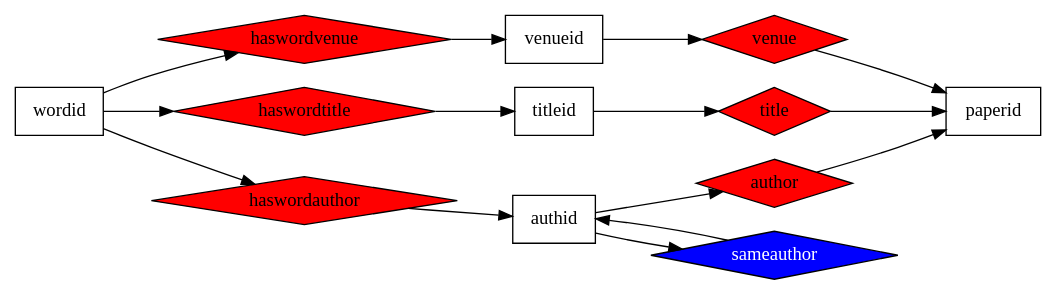
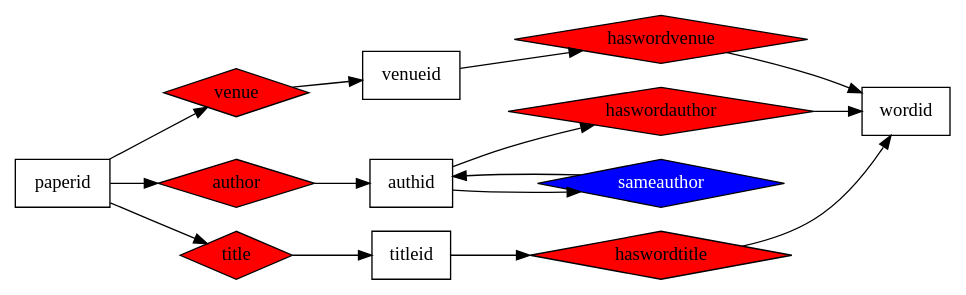
One commit to harshakokel/JA-Walk-ER changed the diagram in diagrams/cora.dot. Above: the diagram before and after it, drawn with Graphviz. The commit also changed 7 other files, not shown here.

```diff
--- a/diagrams/cora.dot
+++ b/diagrams/cora.dot
@@ -1,55 +1,55 @@
 digraph G {
-rankdir=LR;
-fontname="sans-serif";
-penwidth="0.1";
-edge [comment="Wildcard node added automatic in EG."];
-node [comment="Wildcard node added automatic in EG."];
-"venueid" [shape="box"];
-"haswordvenue" [shape="polygon", 
-                style="filled", 
-                fillcolor="red", 
-                orientation="45.0"];
-"authid" [shape="box"];
-"venue" [shape="polygon", 
-         style="filled", 
-         fillcolor="red", 
-         orientation="45.0"];
-"paperid" [shape="box"];
-"author" [shape="polygon", 
-          style="filled", 
-          fillcolor="red", 
-          orientation="45.0"];
-"haswordtitle" [shape="polygon", 
-                style="filled", 
-                fillcolor="red", 
-                orientation="45.0"];
-"title" [shape="polygon", 
-         style="filled", 
-         fillcolor="red", 
-         orientation="45.0"];
-"haswordauthor" [shape="polygon", 
-                 style="filled", 
-                 fillcolor="red", 
-                 orientation="45.0"];
-"wordid" [shape="box"];
-"titleid" [shape="box"];
-"sameauthor" -> "authid";
-"titleid" -> "title";
-"haswordvenue" -> "venueid";
-"author" -> "paperid";
-"venueid" -> "venue";
-"wordid" -> "haswordvenue";
-"wordid" -> "haswordauthor";
-"authid" -> "sameauthor";
-"haswordauthor" -> "authid";
-"venue" -> "paperid";
-"haswordtitle" -> "titleid";
-"wordid" -> "haswordtitle";
-"authid" -> "author";
-"title" -> "paperid";
-"sameauthor" [fontcolor="white", 
-              shape="polygon", 
+    rankdir=LR;
+    fontname="sans-serif";
+    penwidth="0.1";
+    edge [comment="Wildcard node added automatic in EG."];
+    node [comment="Wildcard node added automatic in EG."];
+    "venueid" [shape="box"];
+    "haswordvenue" [shape="polygon", 
+                    style="filled", 
+                    fillcolor="red", 
+                    orientation="45.0"];
+    "authid" [shape="box"];
+    "venue" [shape="polygon", 
+             style="filled", 
+             fillcolor="red", 
+             orientation="45.0"];
+    "paperid" [shape="box"];
+    "author" [shape="polygon", 
               style="filled", 
-              fillcolor="blue", 
+              fillcolor="red", 
               orientation="45.0"];
+    "haswordtitle" [shape="polygon", 
+                    style="filled", 
+                    fillcolor="red", 
+                    orientation="45.0"];
+    "title" [shape="polygon", 
+             style="filled", 
+             fillcolor="red", 
+             orientation="45.0"];
+    "haswordauthor" [shape="polygon", 
+                     style="filled", 
+                     fillcolor="red", 
+                     orientation="45.0"];
+    "wordid" [shape="box"];
+    "titleid" [shape="box"];
+    "sameauthor" -> "authid";
+    "title" -> "titleid";
+    "venueid" -> "haswordvenue";
+    "paperid" -> "author";
+    "venue" -> "venueid";
+    "haswordvenue" -> "wordid";
+    "haswordauthor" -> "wordid";
+    "authid" -> "sameauthor";
+    "authid" -> "haswordauthor";
+    "paperid" -> "venue";
+    "titleid" -> "haswordtitle";
+    "haswordtitle" -> "wordid";
+    "author" -> "authid";
+    "paperid" -> "title";
+    "sameauthor" [fontcolor="white", 
+                  shape="polygon", 
+                  style="filled", 
+                  fillcolor="blue", 
+                  orientation="45.0"];
 }
```
